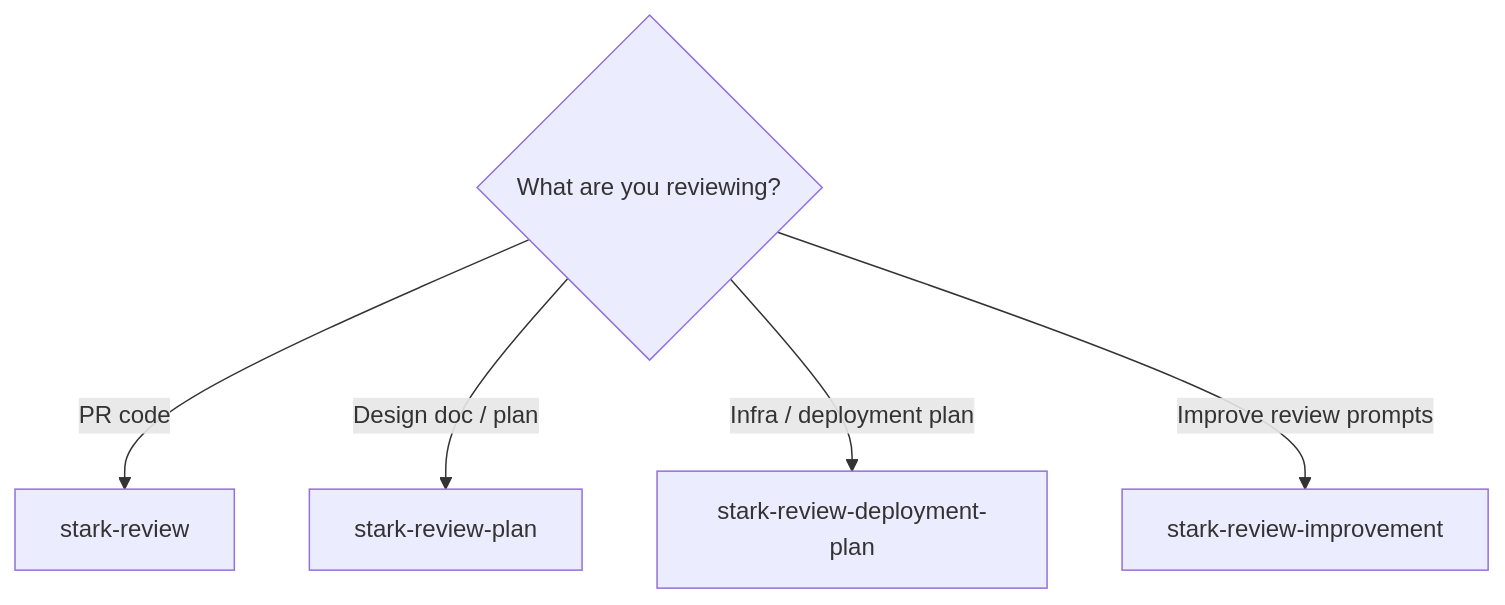
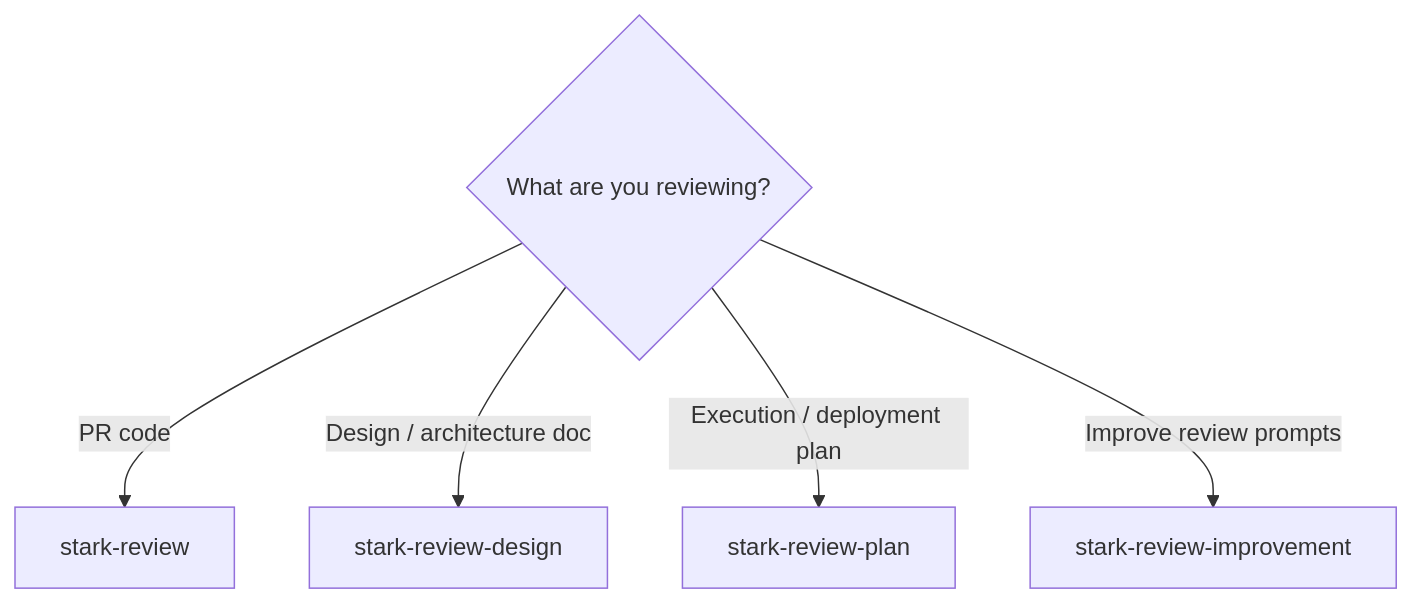
The first of 7 diagrams in docs/skills/README.md (21-Stark-AI/stark-skills), drawn with Mermaid before and after one commit. The commit also changed other lines of this file and 105 other files, not shown here.

First line of the commit message:
feat: split design/plan review + tournament mode (#106)

````diff
--- a/docs/skills/README.md
+++ b/docs/skills/README.md
@@ -9,7 +9,7 @@
 ```mermaid
 graph TD
     A{What are you reviewing?} -->|PR code| B[stark-review]
-    A -->|Design doc / plan| C[stark-review-plan]
-    A -->|Infra / deployment plan| D[stark-review-deployment-plan]
+    A -->|Design / architecture doc| C[stark-review-design]
+    A -->|Execution / deployment plan| D[stark-review-plan]
     A -->|Improve review prompts| E[stark-review-improvement]
 ```
````
